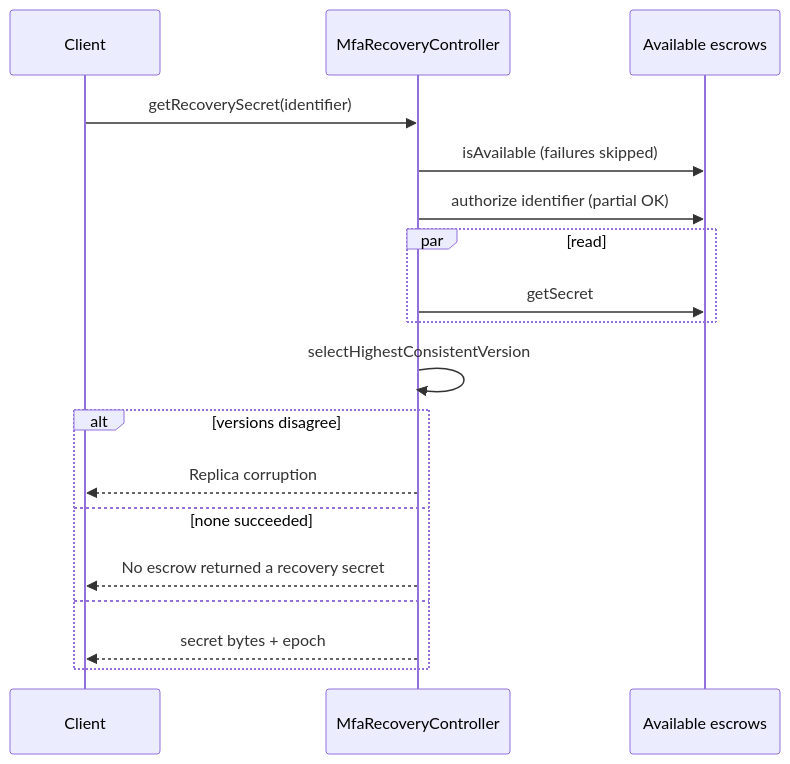
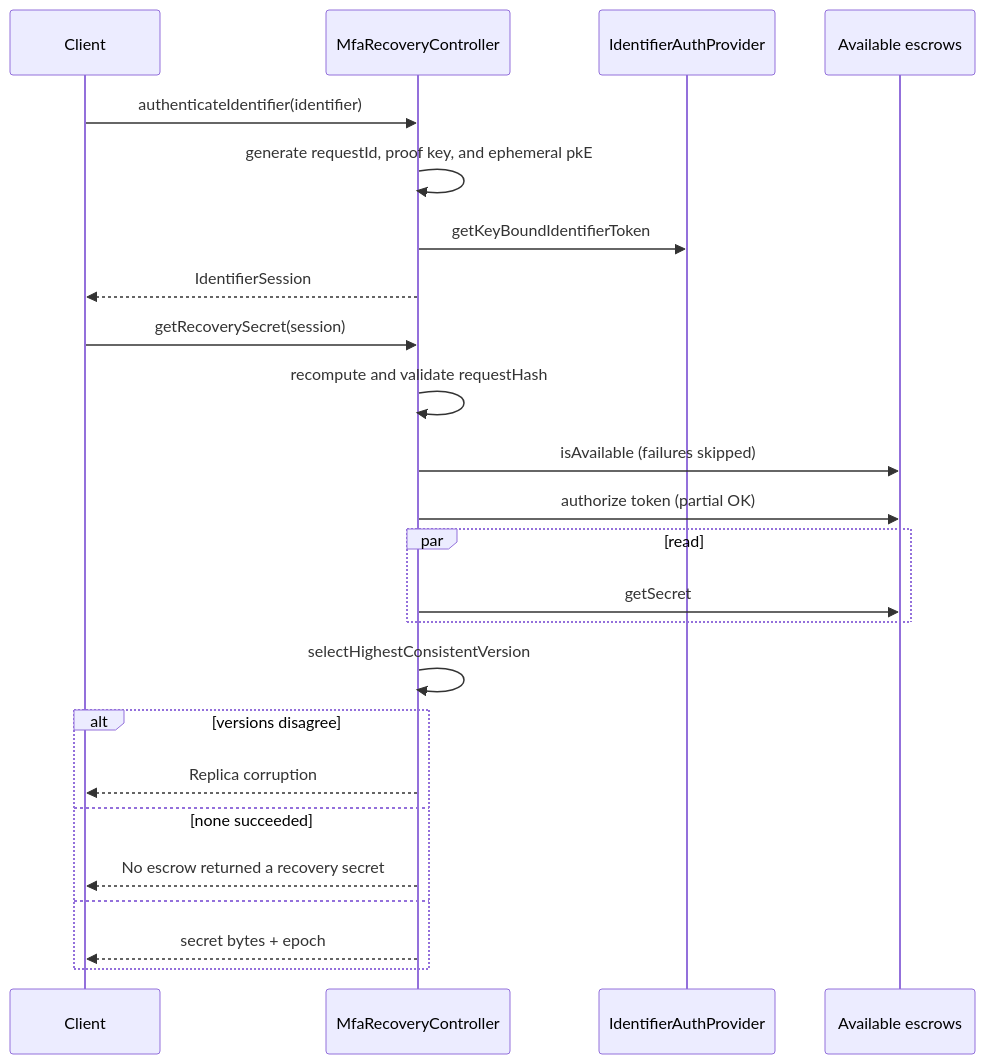
Before and after one commit to MetaMask/core: the fourth of 6 diagrams in packages/mfa-recovery-controller/ARCHITECTURE.md, drawn with Mermaid. The commit also changed other lines of this file and 2 other files, not shown here.

Commit message:
refactor(mfa-recovery-controller): update architecture and changelog for identifier authentication
- Renamed `getRecoverySecret` to accept an `IdentifierSession` instead of an identifier.
- Added `authenticateIdentifier` to the public methods list in the architecture documentation.
- Updated sequence diagrams to reflect the new authentication flow and session management.
- Enhanced changelog to document the changes in public methods and breaking changes related to session handling.

````diff
--- a/packages/mfa-recovery-controller/ARCHITECTURE.md
+++ b/packages/mfa-recovery-controller/ARCHITECTURE.md
@@ -138,21 +138,27 @@
 ```mermaid
 sequenceDiagram
   participant C as Client
   participant M as MfaRecoveryController
+  participant I as IdentifierAuthProvider
   participant E as Available escrows
 
-  C->>M: getRecoverySecret(identifier)
+  C->>M: authenticateIdentifier(identifier)
+  M->>M: generate requestId, proof key, and ephemeral pkE
+  M->>I: getKeyBoundIdentifierToken
+  M-->>C: IdentifierSession
+  C->>M: getRecoverySecret(session)
+  M->>M: recompute and validate requestHash
   M->>E: isAvailable (failures skipped)
-  M->>E: authorize identifier (partial OK)
+  M->>E: authorize token (partial OK)
   par read
     M->>E: getSecret
   end
   M->>M: selectHighestConsistentVersion
   alt versions disagree
     M-->>C: Replica corruption
   else none succeeded
     M-->>C: No escrow returned a recovery secret
   else
     M-->>C: secret bytes + epoch
   end
 ```
````
